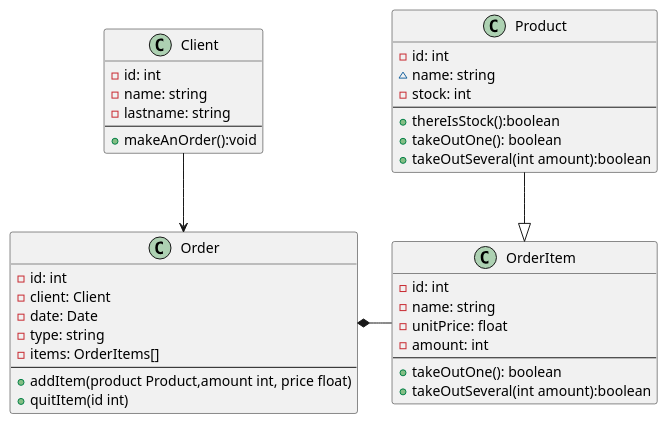
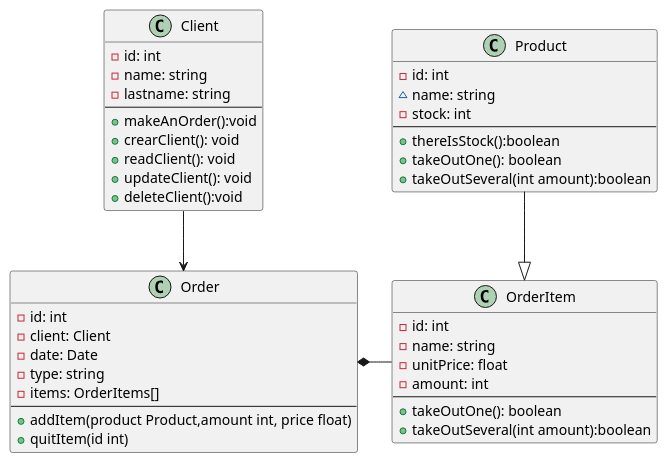
One commit to Erick-Parrado/Parcial1_ParradoSalazar changed the diagram in docs/class_diagram.puml. Above: the diagram before and after it, drawn with PlantUML. The commit also changed 4 other files, not shown here.

Commit message:
Diagrams Word

```diff
--- a/docs/class_diagram.puml
+++ b/docs/class_diagram.puml
@@ -1,48 +1,52 @@
 @startuml class_diagram
     skinparam linetype ortho
 
     class "Client" as C{
         - id: int 
         - name: string
         - lastname: string
         --
         + makeAnOrder():void
+        + crearClient(): void
+        + readClient(): void
+        + updateClient(): void
+        + deleteClient():void
     }
 
     class "Product" as P{
         - id: int 
         ~ name: string
         - stock: int
         --
         + thereIsStock():boolean
         + takeOutOne(): boolean
         + takeOutSeveral(int amount):boolean
     }
 
     class "OrderItem"  as OI{
         - id: int
         - name: string
         - unitPrice: float
         - amount: int
         --
         + takeOutOne(): boolean
         + takeOutSeveral(int amount):boolean
     }
 
     class "Order" as O{
         - id: int 
         - client: Client
         - date: Date
         - type: string
         - items: OrderItems[]
         --
         + addItem(product Product,amount int, price float)
         + quitItem(id int)
     }
 
     C --> O
     O *-right- OI
     OI <|-up- P
 
 
 @enduml
```
